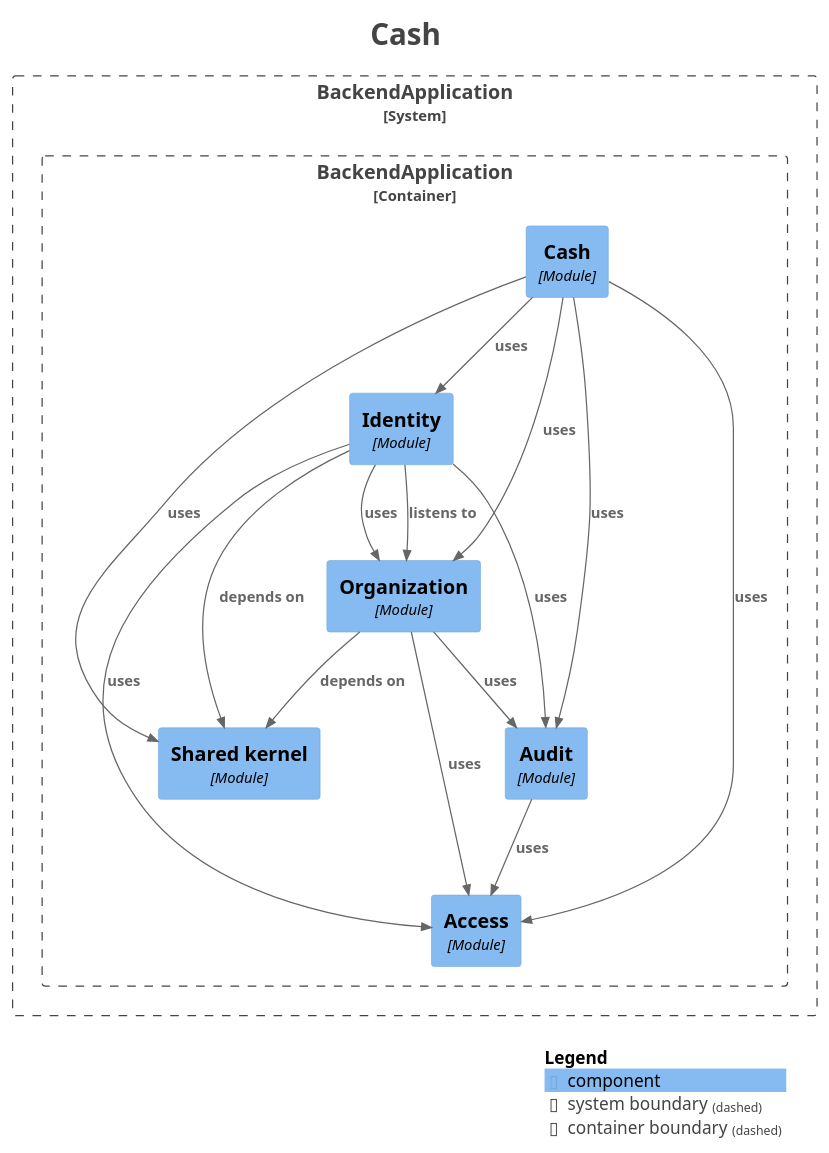
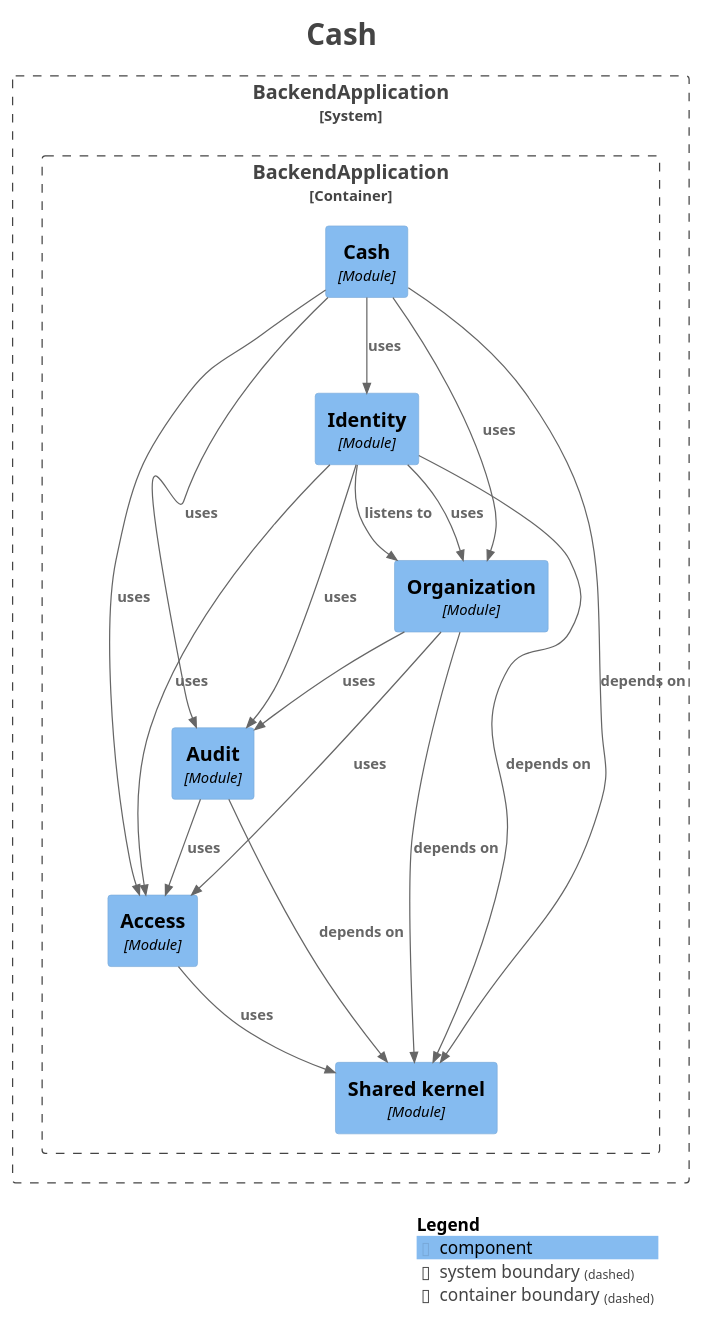
One commit to fxavier/restaurantePRO changed the diagram in docs/architecture/modules/module-cash.puml. Above: the diagram before and after it, drawn with PlantUML. The commit also changed 28 other files, not shown here.

First line of the commit message:
docs(architecture): regenerate the Modulith module docs for R3

```diff
--- a/docs/architecture/modules/module-cash.puml
+++ b/docs/architecture/modules/module-cash.puml
@@ -1,47 +1,49 @@
 @startuml
 title <size:24>Cash</size>
 
 set separator none
 top to bottom direction
 
 <style>
   root {
     BackgroundColor: #ffffff
     FontColor: #444444
   }
 </style>
 
 !include <C4/C4>
 !include <C4/C4_Context>
 !include <C4/C4_Component>
 
 System_Boundary("BackendApplication_boundary", "BackendApplication", $tags="") {
   Container_Boundary("BackendApplication.BackendApplication_boundary", "BackendApplication", $tags="") {
     Component(BackendApplication.BackendApplication.Identity, "Identity", $techn="Module", $descr="", $tags="", $link="")
     Component(BackendApplication.BackendApplication.Cash, "Cash", $techn="Module", $descr="", $tags="", $link="")
+    Component(BackendApplication.BackendApplication.Sharedkernel, "Shared kernel", $techn="Module", $descr="", $tags="", $link="")
     Component(BackendApplication.BackendApplication.Access, "Access", $techn="Module", $descr="", $tags="", $link="")
-    Component(BackendApplication.BackendApplication.Sharedkernel, "Shared kernel", $techn="Module", $descr="", $tags="", $link="")
     Component(BackendApplication.BackendApplication.Audit, "Audit", $techn="Module", $descr="", $tags="", $link="")
     Component(BackendApplication.BackendApplication.Organization, "Organization", $techn="Module", $descr="", $tags="", $link="")
   }
 
 }
 
-Rel(BackendApplication.BackendApplication.Audit, BackendApplication.BackendApplication.Access, "uses", $techn="", $tags="", $link="")
-Rel(BackendApplication.BackendApplication.Identity, BackendApplication.BackendApplication.Organization, "listens to", $techn="", $tags="", $link="")
-Rel(BackendApplication.BackendApplication.Identity, BackendApplication.BackendApplication.Sharedkernel, "depends on", $techn="", $tags="", $link="")
-Rel(BackendApplication.BackendApplication.Identity, BackendApplication.BackendApplication.Audit, "uses", $techn="", $tags="", $link="")
-Rel(BackendApplication.BackendApplication.Identity, BackendApplication.BackendApplication.Access, "uses", $techn="", $tags="", $link="")
-Rel(BackendApplication.BackendApplication.Identity, BackendApplication.BackendApplication.Organization, "uses", $techn="", $tags="", $link="")
 Rel(BackendApplication.BackendApplication.Organization, BackendApplication.BackendApplication.Sharedkernel, "depends on", $techn="", $tags="", $link="")
 Rel(BackendApplication.BackendApplication.Organization, BackendApplication.BackendApplication.Audit, "uses", $techn="", $tags="", $link="")
 Rel(BackendApplication.BackendApplication.Organization, BackendApplication.BackendApplication.Access, "uses", $techn="", $tags="", $link="")
-Rel(BackendApplication.BackendApplication.Cash, BackendApplication.BackendApplication.Sharedkernel, "uses", $techn="", $tags="", $link="")
+Rel(BackendApplication.BackendApplication.Cash, BackendApplication.BackendApplication.Sharedkernel, "depends on", $techn="", $tags="", $link="")
 Rel(BackendApplication.BackendApplication.Cash, BackendApplication.BackendApplication.Access, "uses", $techn="", $tags="", $link="")
 Rel(BackendApplication.BackendApplication.Cash, BackendApplication.BackendApplication.Audit, "uses", $techn="", $tags="", $link="")
 Rel(BackendApplication.BackendApplication.Cash, BackendApplication.BackendApplication.Organization, "uses", $techn="", $tags="", $link="")
 Rel(BackendApplication.BackendApplication.Cash, BackendApplication.BackendApplication.Identity, "uses", $techn="", $tags="", $link="")
+Rel(BackendApplication.BackendApplication.Audit, BackendApplication.BackendApplication.Sharedkernel, "depends on", $techn="", $tags="", $link="")
+Rel(BackendApplication.BackendApplication.Audit, BackendApplication.BackendApplication.Access, "uses", $techn="", $tags="", $link="")
+Rel(BackendApplication.BackendApplication.Access, BackendApplication.BackendApplication.Sharedkernel, "uses", $techn="", $tags="", $link="")
+Rel(BackendApplication.BackendApplication.Identity, BackendApplication.BackendApplication.Organization, "listens to", $techn="", $tags="", $link="")
+Rel(BackendApplication.BackendApplication.Identity, BackendApplication.BackendApplication.Sharedkernel, "depends on", $techn="", $tags="", $link="")
+Rel(BackendApplication.BackendApplication.Identity, BackendApplication.BackendApplication.Access, "uses", $techn="", $tags="", $link="")
+Rel(BackendApplication.BackendApplication.Identity, BackendApplication.BackendApplication.Audit, "uses", $techn="", $tags="", $link="")
+Rel(BackendApplication.BackendApplication.Identity, BackendApplication.BackendApplication.Organization, "uses", $techn="", $tags="", $link="")
 
 SHOW_LEGEND(true)
 hide stereotypes
 @enduml
```
